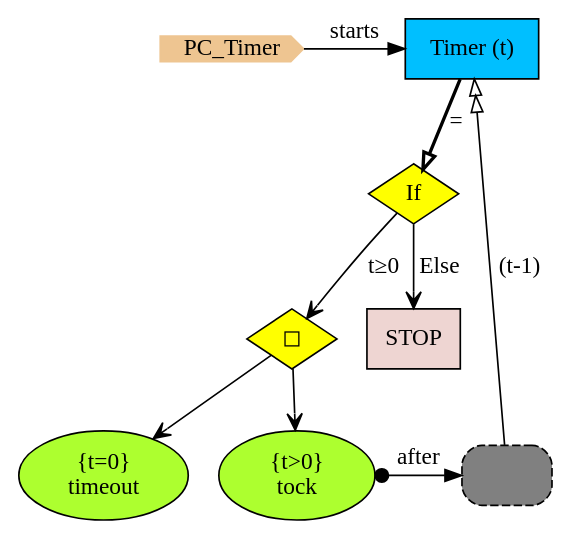
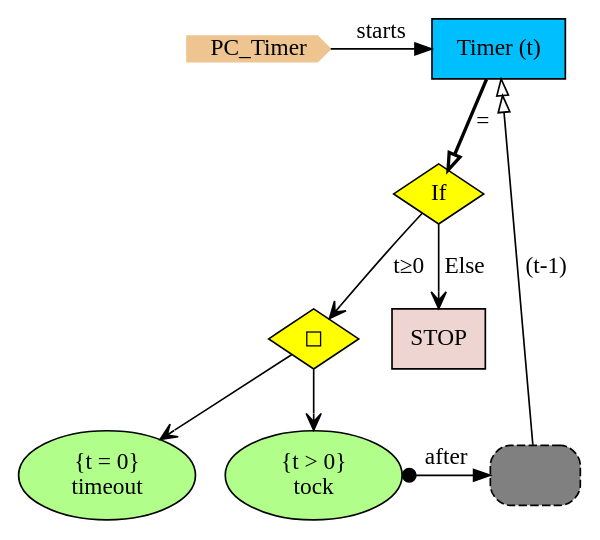
Before and after one commit to namalio/Fragmenta: the diagram in Haskell/PCs/Examples/img/PC_Timer.gv, drawn with Graphviz. The commit also changed 70 other files, not shown here.

```diff
--- a/Haskell/PCs/Examples/img/PC_Timer.gv
+++ b/Haskell/PCs/Examples/img/PC_Timer.gv
@@ -1,26 +1,26 @@
 digraph {
 
 StartN_ [shape = cds,color=burlywood2,style=filled,height=.2,width=.2, label =PC_Timer];
 
 Timer [shape=box,fillcolor=deepskyblue,style = filled,label="Timer (t)"];
-OpIfChoice [shape=diamond,fillcolor=yellow,style=filled,label="◻︎"];
-timeout [shape=ellipse,fillcolor=greenyellow,style=filled,label=" {t=0}
+Op49419096 [shape=diamond,fillcolor=yellow,style=filled,label="◻︎"];
+timeout [shape=ellipse,fillcolor="#B1FF8A",style=filled,label=" {t = 0}
 timeout"];
-RefTimer [shape=rectangle,fillcolor=gray,style="rounded,filled,dashed",label=""];
-tock [shape=ellipse,fillcolor=greenyellow,style=filled,label=" {t>0}
+RefTimer60fa176d [shape=rectangle,fillcolor=gray,style="rounded,filled,dashed",label=""];
+Stop202ab08b [shape=box,fillcolor=mistyrose2,style = filled,label="STOP"];
+tock [shape=ellipse,fillcolor="#B1FF8A",style=filled,label=" {t > 0}
 tock"];
-STOP [shape=box,fillcolor=mistyrose2,style = filled,label="STOP"];
-OpTimer [shape=diamond,fillcolor=yellow,style=filled,label="If"];
+OpIf3378007b [shape=diamond,fillcolor=yellow,style=filled,label="If"];
 
-{rank=same;RefTimer,tock}
+{rank=same;RefTimer60fa176d,tock}
 {rank=same;Timer,StartN_}
 
-RefTimer->Timer[arrowhead="normalnormal",fillcolor=white,label=" (t-1)"];
-OpIfChoice->tock[arrowhead="open"];
-OpTimer->STOP[arrowhead="open",label="Else"];
-OpTimer->OpIfChoice[arrowhead="open",label="t≥0"];
-OpIfChoice->timeout[arrowhead="open"];
-tock->RefTimer[arrowtail=dot,dir=both,label="after"];
-Timer->OpTimer[arrowhead="onormal",penwidth=2,label="="];
+RefTimer60fa176d->Timer[arrowhead="normalnormal",fillcolor=white,label=" (t-1)"];
+Op49419096->timeout[arrowhead="open"];
+OpIf3378007b->Stop202ab08b[arrowhead="open",label="Else"];
+OpIf3378007b->Op49419096[arrowhead="open",label="t≥0"];
+Op49419096->tock[arrowhead="open"];
+tock->RefTimer60fa176d[arrowtail=dot,dir=both,label="after"];
+Timer->OpIf3378007b[arrowhead="onormal",penwidth=2,label="="];
 StartN_->Timer[label="starts"];
 }
```
